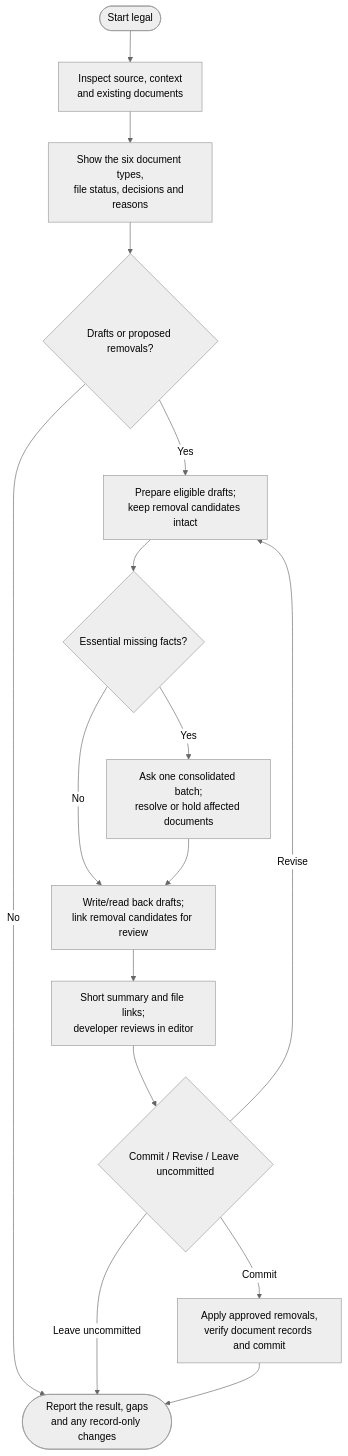
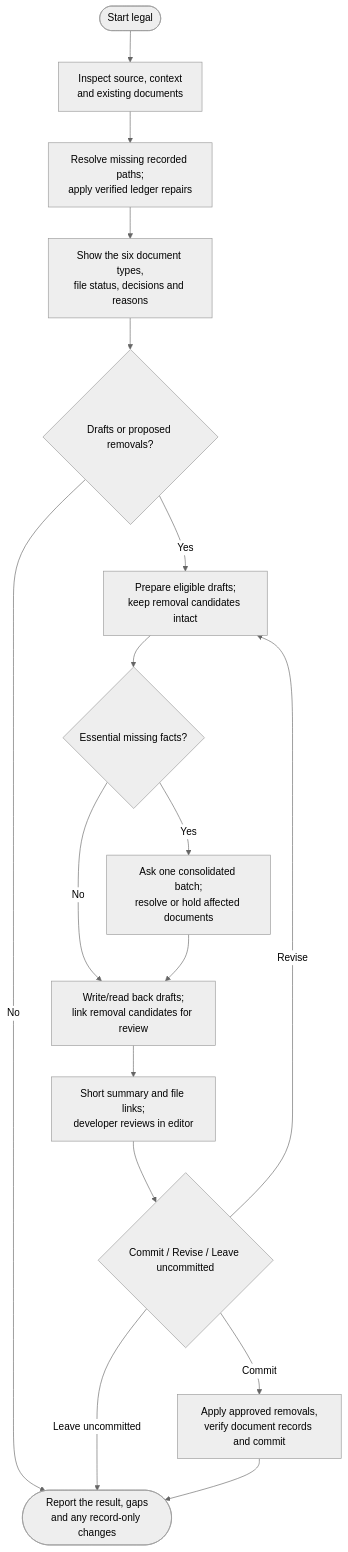
One commit to myowinthein/agent-helm changed the diagram in docs/commands/legal.md. Above: the diagram before and after it, drawn with Mermaid (neutral theme). The commit also changed other lines of this file and 1 other file, not shown here.

Commit message:
fix(legal): reconcile records before document assessment

````diff
--- a/docs/commands/legal.md
+++ b/docs/commands/legal.md
@@ -23,18 +23,19 @@
 ```mermaid
 flowchart TD
   Start(["Start legal"]) --> Inspect["Inspect source, context<br/>and existing documents"]
-  Inspect --> Table["Show the six document types,<br/>file status, decisions and reasons"]
+  Inspect --> Reconcile["Resolve missing recorded paths;<br/>apply verified ledger repairs"]
+  Reconcile --> Table["Show the six document types,<br/>file status, decisions and reasons"]
   Table --> Needed{"Drafts or proposed removals?"}
   Needed -->|No| End(["Report the result, gaps<br/>and any record-only changes"])
   Needed -->|Yes| Draft["Prepare eligible drafts;<br/>keep removal candidates intact"]
   Draft --> Facts{"Essential missing facts?"}
   Facts -->|Yes| Ask["Ask one consolidated batch;<br/>resolve or hold affected documents"]
   Facts -->|No| Files["Write/read back drafts;<br/>link removal candidates for review"]
   Ask --> Files
   Files --> Review["Short summary and file links;<br/>developer reviews in editor"]
   Review --> Approval{"Commit / Revise / Leave uncommitted"}
   Approval -->|Revise| Draft
   Approval -->|Leave uncommitted| End
   Approval -->|Commit| Save["Apply approved removals,<br/>verify document records and commit"]
   Save --> End
 ```
````
